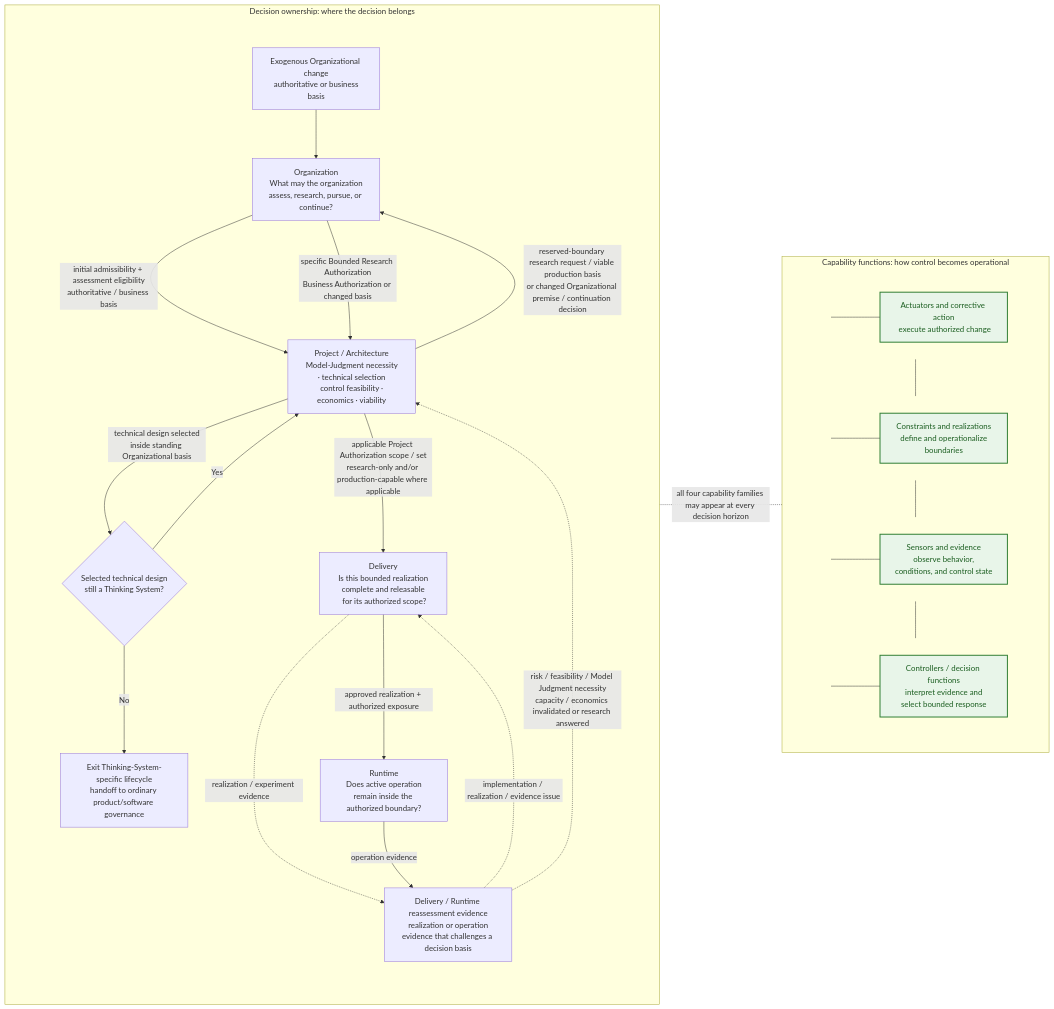
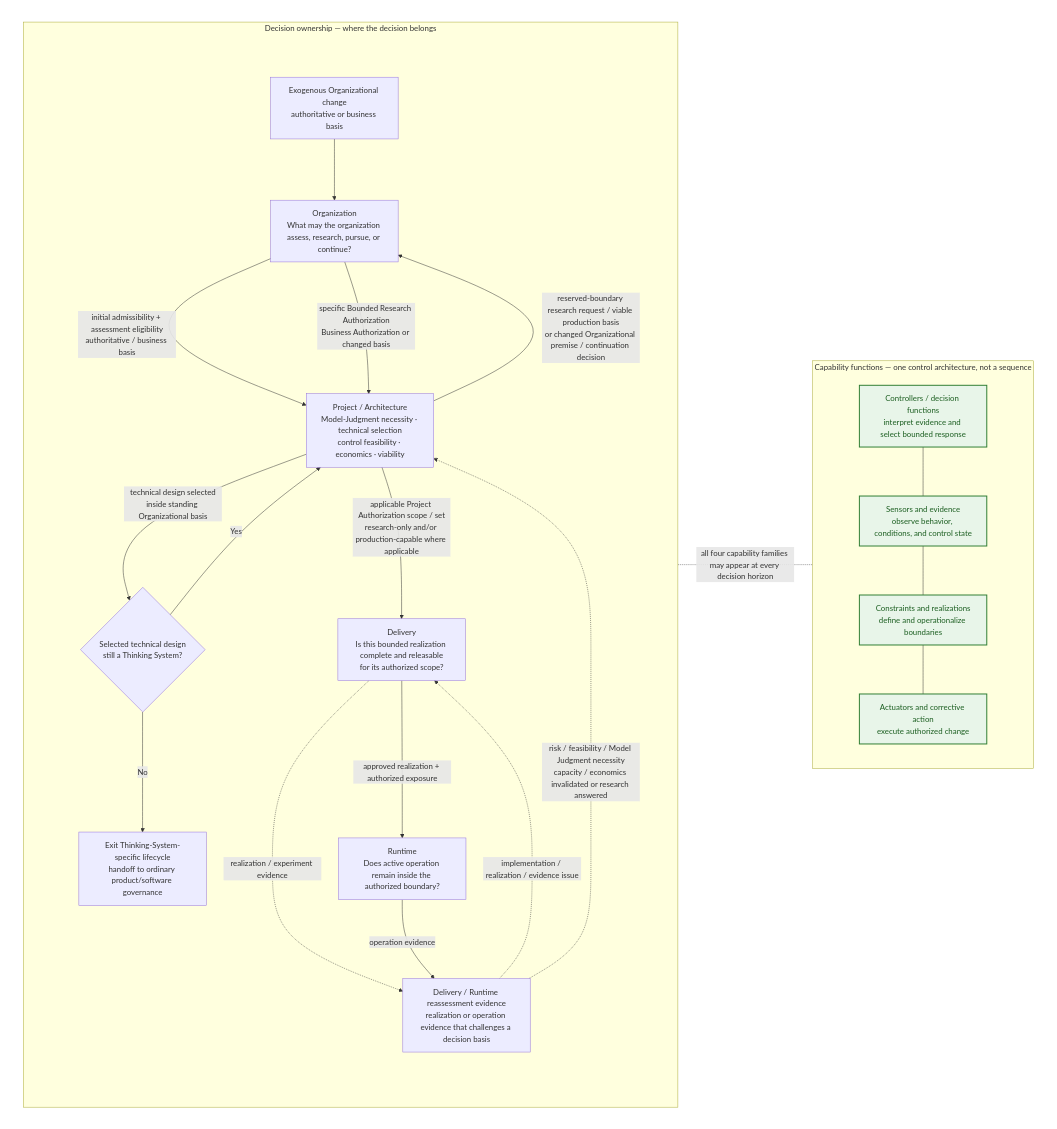
One commit to UncertaintyArchitectureGroup/uncertainty-architecture changed the ninth of 15 diagrams in content/research/notes/open-engineering-specification-article-draft.md. Above: the diagram before and after it, drawn with Mermaid. The commit also changed other lines of this file and 9 other files, not shown here.

First line of the commit message:
research: restore and guard architectural diagram layouts (#101)

````diff
--- a/content/research/notes/open-engineering-specification-article-draft.md
+++ b/content/research/notes/open-engineering-specification-article-draft.md
@@ -527,66 +528,47 @@
 ```mermaid
-flowchart LR
-    subgraph L["Decision ownership: where the decision belongs"]
-        direction TB
-        subgraph SPINE9[" "]
+flowchart TB
+    subgraph ROW_ORTHO[" "]
+        direction LR
+        subgraph L["Decision ownership — where the decision belongs"]
             direction TB
-            O["Organization<br/> What may the organization assess, research, pursue, or continue?"]
-            P["Project / Architecture<br/> Model-Judgment necessity · technical selection<br/> control feasibility · economics · viability"]
-            CAT{"Selected technical design<br/> still a Thinking System?"}
-            EXIT["Exit Thinking-System-specific lifecycle<br/>handoff to ordinary product/software governance"]
-            D["Delivery<br/> Is this bounded realization complete and releasable<br/> for its authorized scope?"]
-            R["Runtime<br/> Does active operation remain inside the authorized boundary?"]
-            E["Delivery / Runtime reassessment evidence<br/> realization or operation evidence that challenges a decision basis"]
-            X["Exogenous Organizational change<br/> authoritative or business basis"]
+            subgraph SPINE9[" "]
+                direction TB
+                O["Organization<br/>What may the organization assess, research, pursue, or continue?"]
+                P["Project / Architecture<br/>Model-Judgment necessity · technical selection<br/>control feasibility · economics · viability"]
+                CAT{"Selected technical design<br/>still a Thinking System?"}
+                EXIT["Exit Thinking-System-specific lifecycle<br/>handoff to ordinary product/software governance"]
+                D["Delivery<br/>Is this bounded realization complete and releasable<br/>for its authorized scope?"]
+                R["Runtime<br/>Does active operation remain inside the authorized boundary?"]
+                E["Delivery / Runtime reassessment evidence<br/>realization or operation evidence that challenges a decision basis"]
+                X["Exogenous Organizational change<br/>authoritative or business basis"]
 
-            O -->|initial admissibility + assessment eligibility<br/>authoritative / business basis| P
-            P -->|technical design selected<br/>inside standing Organizational basis| CAT
-            CAT -->|No| EXIT
-            CAT -->|Yes| P
-            P -->|reserved-boundary research request / viable production basis<br/>or changed Organizational premise / continuation decision| O
-            O -->|specific Bounded Research Authorization<br/>Business Authorization or changed basis| P
-            P -->|applicable Project Authorization scope / set<br/>research-only and/or production-capable where applicable| D
-            D -->|approved realization + authorized exposure| R
-            D -.->|realization / experiment evidence| E
-            R -->|operation evidence| E
-            X --> O
+                O -->|initial admissibility + assessment eligibility<br/>authoritative / business basis| P
+                P -->|technical design selected<br/>inside standing Organizational basis| CAT
+                CAT -->|No| EXIT
+                CAT -->|Yes| P
+                P -->|reserved-boundary research request / viable production basis<br/>or changed Organizational premise / continuation decision| O
+                O -->|specific Bounded Research Authorization<br/>Business Authorization or changed basis| P
+                P -->|applicable Project Authorization scope / set<br/>research-only and/or production-capable where applicable| D
+                D -->|approved realization + authorized exposure| R
+                D -.->|realization / experiment evidence| E
+                R -->|operation evidence| E
+                X --> O
+            end
+            E -.->|implementation / realization / evidence issue| D
+            E -.->|risk / feasibility / Model Judgment necessity<br/>capacity / economics invalidated or research answered| P
+            style SPINE9 fill:transparent,stroke:transparent
         end
-
-        E -.->|implementation / realization / evidence issue| D
-        E -.->|risk / feasibility / Model Judgment necessity<br/>capacity / economics invalidated or research answered| P
-        style SPINE9 fill:none,stroke:none
+        subgraph F["Capability functions — one control architecture, not a sequence"]
+            direction TB
+            C["Controllers / decision functions<br/>interpret evidence and select bounded response"]
+            S["Sensors and evidence<br/>observe behavior, conditions, and control state"]
+            K["Constraints and realizations<br/>define and operationalize boundaries"]
+            A["Actuators and corrective action<br/>execute authorized change"]
+            C --- S --- K --- A
+        end
     end
-
-    subgraph F["Capability functions: how control becomes operational"]
-        direction TB
-        subgraph F1[" "]
-            direction LR
-            J1(( )) --- A["Actuators and corrective action<br/> execute authorized change"]
-        end
-        subgraph F2[" "]
-            direction LR
-            J2(( )) --- K["Constraints and realizations<br/> define and operationalize boundaries"]
-        end
-        subgraph F3[" "]
-            direction LR
-            J3(( )) --- S["Sensors and evidence<br/> observe behavior, conditions, and control state"]
-        end
-        subgraph F4[" "]
-            direction LR
-            J4(( )) --- C["Controllers / decision functions<br/> interpret evidence and select bounded response"]
-        end
-        J1 --- J2
-        J2 --- J3
-        J3 --- J4
-        style F1 fill:none,stroke:none
-        style F2 fill:none,stroke:none
-        style F3 fill:none,stroke:none
-        style F4 fill:none,stroke:none
-    end
-
     L -. "all four capability families may appear at every decision horizon" .- F
     classDef capability fill:#e8f5e9,stroke:#2e7d32,stroke-width:2px,color:#1b5e20;
-    classDef railpoint fill:transparent,stroke:transparent,color:transparent;
     class A,K,S,C capability;
-    class J1,J2,J3,J4 railpoint;
+    style ROW_ORTHO fill:transparent,stroke:transparent
 ```
````
